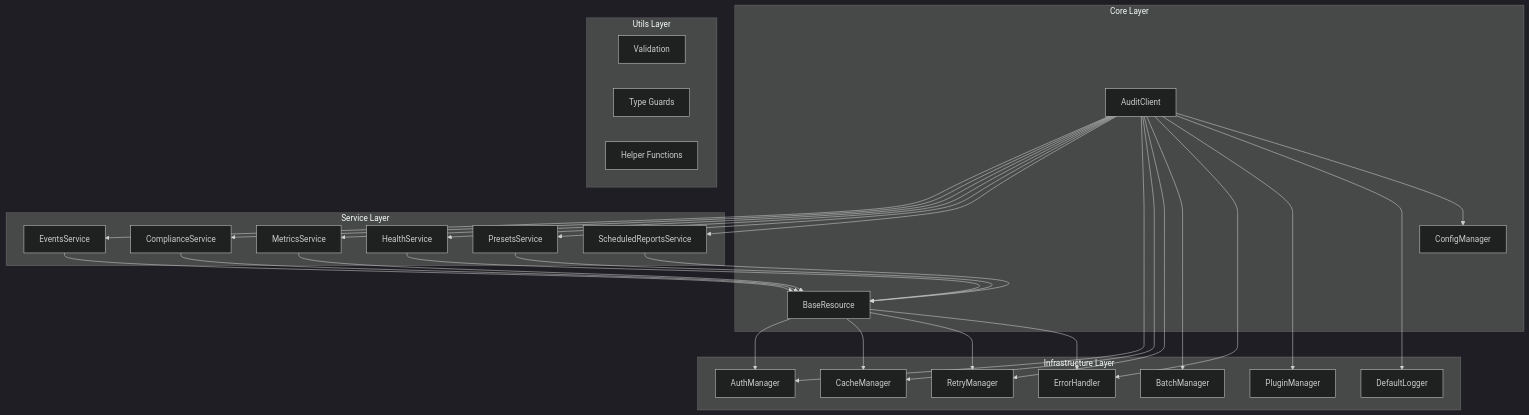
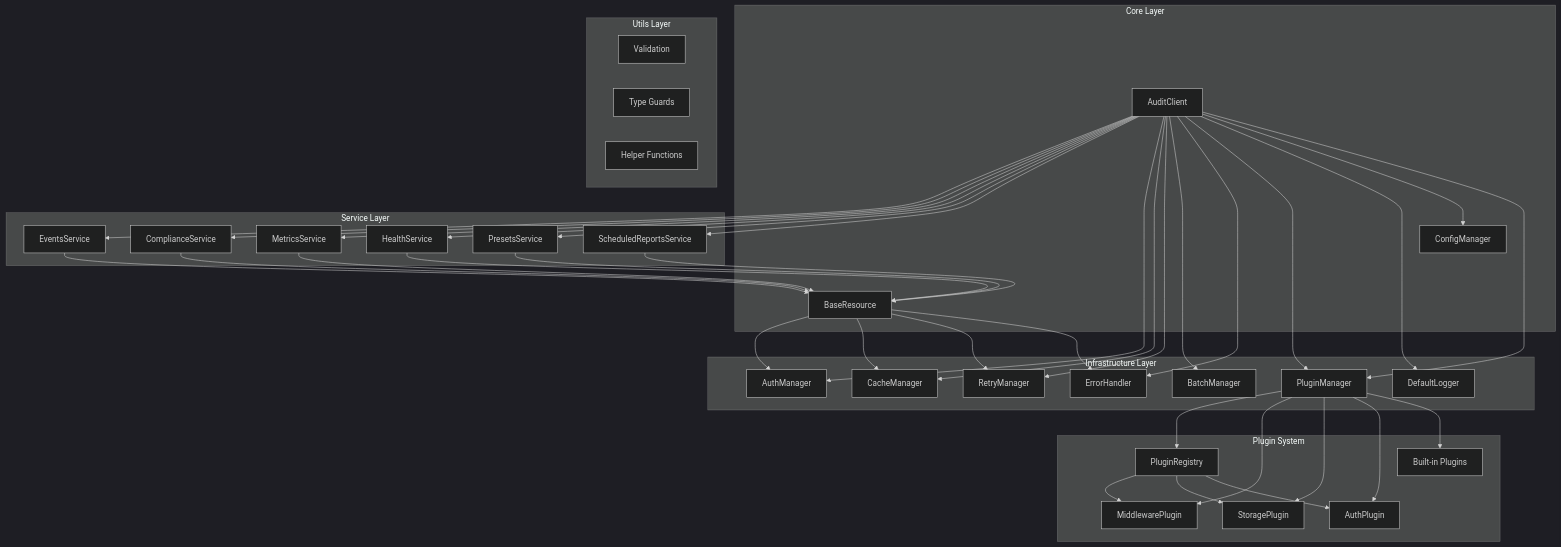
One commit to smedrec/smart-logs changed the first of 11 diagrams in .qoder/repowiki/en/content/Audit Client.md. Above: the diagram before and after it, drawn with Mermaid (dark theme). The commit also changed other lines of this file and 22 other files, not shown here.

First line of the commit message:
feat(documentation): add comprehensive plugin architecture and GDPR pseudonymization docs

````diff
--- a/.qoder/repowiki/en/content/Audit Client.md
+++ b/.qoder/repowiki/en/content/Audit Client.md
@@ -53,54 +57,70 @@
 ```mermaid
 graph TB
 subgraph "Core Layer"
 Client[AuditClient]
 Config[ConfigManager]
 BaseResource[BaseResource]
 end
 subgraph "Service Layer"
 Events[EventsService]
 Compliance[ComplianceService]
 Metrics[MetricsService]
 Health[HealthService]
 Presets[PresetsService]
 ScheduledReports[ScheduledReportsService]
 end
 subgraph "Infrastructure Layer"
 Auth[AuthManager]
 Cache[CacheManager]
 Retry[RetryManager]
 Batch[BatchManager]
 Error[ErrorHandler]
 Plugin[PluginManager]
 Logger[DefaultLogger]
+end
+subgraph "Plugin System"
+PluginRegistry[PluginRegistry]
+MiddlewarePlugin[MiddlewarePlugin]
+StoragePlugin[StoragePlugin]
+AuthPlugin[AuthPlugin]
+BuiltInPlugins[Built-in Plugins]
 end
 subgraph "Utils Layer"
 Validation[Validation]
 TypeGuards[Type Guards]
 Helpers[Helper Functions]
 end
 Client --> Events
 Client --> Compliance
 Client --> Metrics
 Client --> Health
 Client --> Presets
 Client --> ScheduledReports
 Client --> Auth
 Client --> Cache
 Client --> Retry
 Client --> Batch
 Client --> Error
 Client --> Plugin
 Client --> Logger
 Client --> Config
 BaseResource --> Auth
 BaseResource --> Cache
 BaseResource --> Retry
 BaseResource --> Error
 Events --> BaseResource
 Compliance --> BaseResource
 Metrics --> BaseResource
 Health --> BaseResource
 Presets --> BaseResource
 ScheduledReports --> BaseResource
+Plugin --> PluginRegistry
+Plugin --> MiddlewarePlugin
+Plugin --> StoragePlugin
+Plugin --> AuthPlugin
+Plugin --> BuiltInPlugins
+PluginRegistry --> MiddlewarePlugin
+PluginRegistry --> StoragePlugin
+PluginRegistry --> AuthPlugin
+Client --> Plugin
 ```
````
